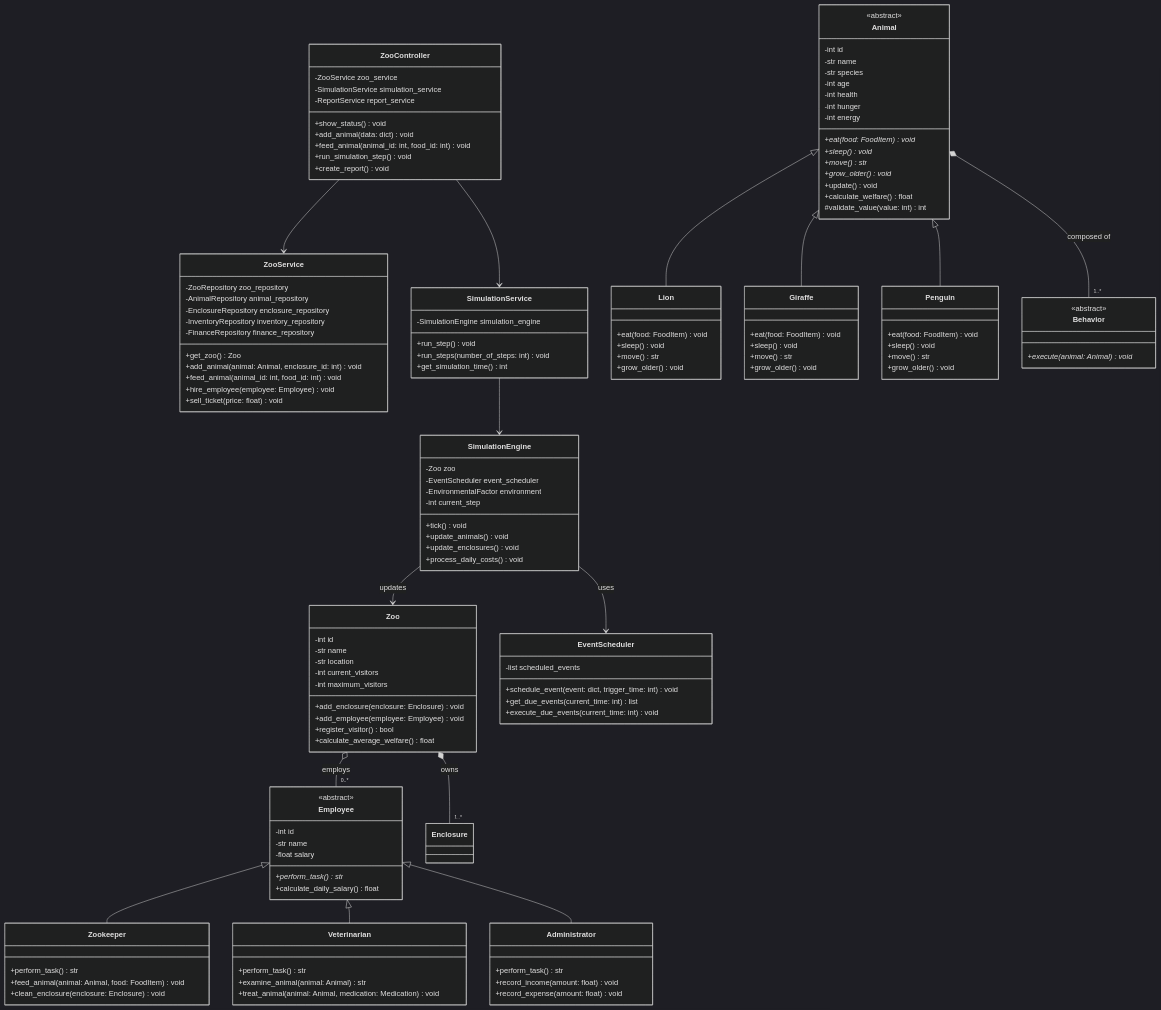
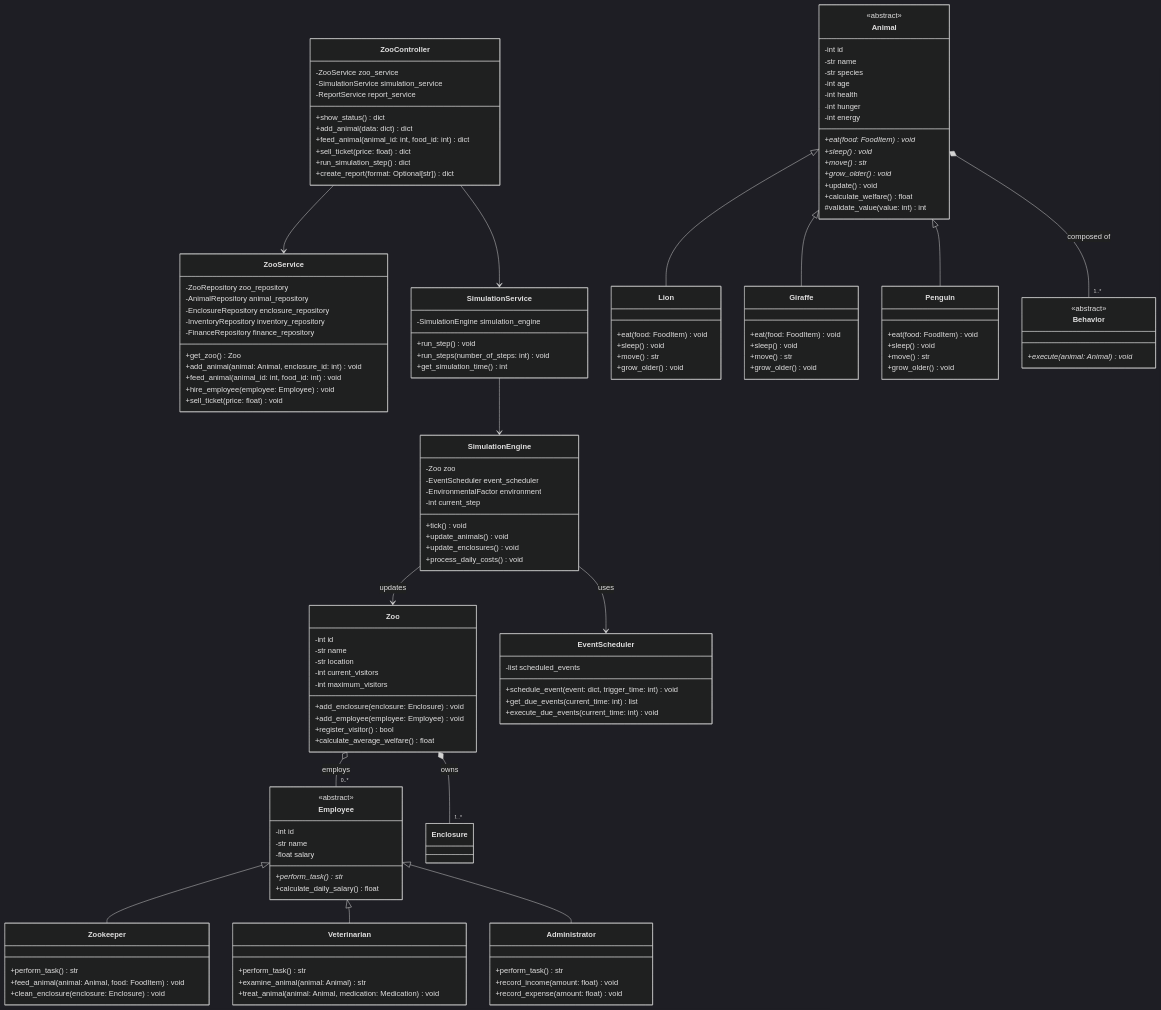
Before and after one commit to Darnell-Beganovic/zms-BBS: the diagram in zoo_simulation/docs/planning_backend_darnell.md, drawn with Mermaid (dark theme). The commit also changed other lines of this file, not shown here.

First line of the commit message:
docs(planning): reflect ZooController result-dict contract in backend doc

```diff
--- a/zoo_simulation/docs/planning_backend_darnell.md
+++ b/zoo_simulation/docs/planning_backend_darnell.md
@@ -34,15 +34,23 @@
 classDiagram
     direction TB
 
+    %% NOTE (2026-08-06, agreed Frontend/Backend, see
+    %% planning_frontend_alessio.md sections 2.1/2.2): ZooController methods
+    %% return a uniform result dict {"success": bool, "message": str,
+    %% "data": Any} instead of void, so ZooView can render success/error
+    %% messages and the returned data without touching the service layer.
+    %% sell_ticket() was added to close a gap between the frontend route
+    %% table (/tickets/buy) and this diagram, which had no ticket method.
     class ZooController {
         -ZooService zoo_service
         -SimulationService simulation_service
         -ReportService report_service
-        +show_status() void
-        +add_animal(data: dict) void
-        +feed_animal(animal_id: int, food_id: int) void
-        +run_simulation_step() void
-        +create_report() void
+        +show_status() dict
+        +add_animal(data: dict) dict
+        +feed_animal(animal_id: int, food_id: int) dict
+        +sell_ticket(price: float) dict
+        +run_simulation_step() dict
+        +create_report(format: Optional[str]) dict
     }
 
     class ZooService {
```
